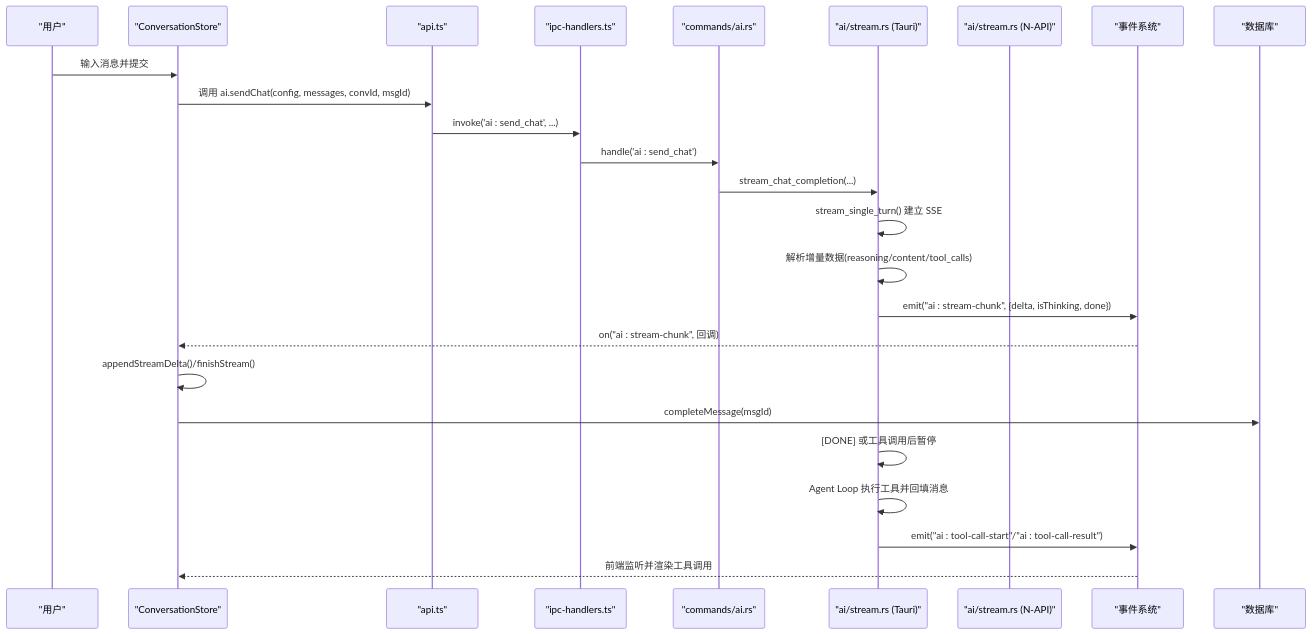
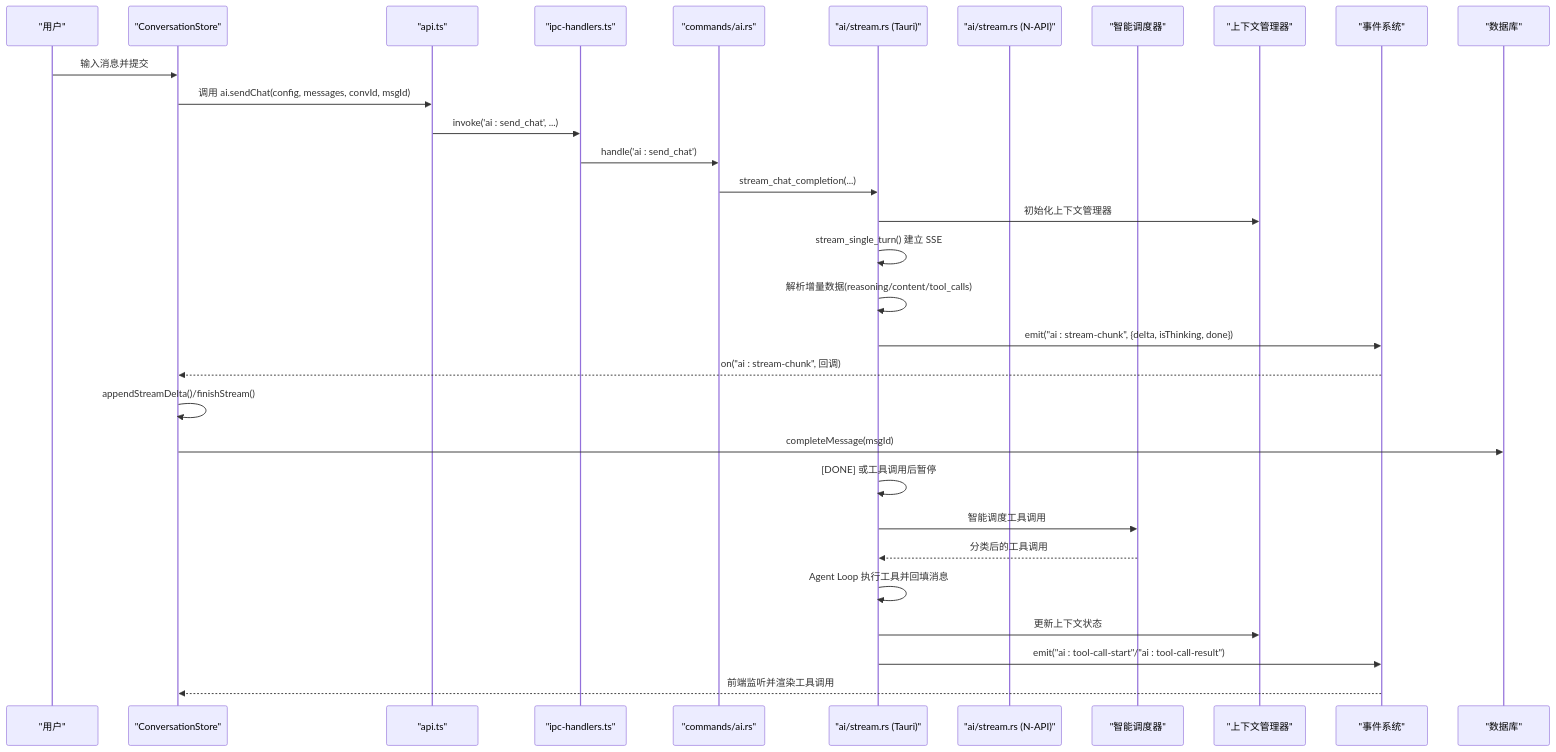
One commit to baike08/cosurf changed the second of 8 diagrams in .qoder/repowiki/zh/content/AI 代理系统/流式对话机制.md. Above: the diagram before and after it, drawn with Mermaid. The commit also changed other lines of this file and 15 other files, not shown here.

````diff
--- a/.qoder/repowiki/zh/content/AI 代理系统/流式对话机制.md
+++ b/.qoder/repowiki/zh/content/AI 代理系统/流式对话机制.md
@@ -103,27 +128,33 @@
 ```mermaid
 sequenceDiagram
 participant User as "用户"
 participant UI as "ConversationStore"
 participant API as "api.ts"
 participant IPC as "ipc-handlers.ts"
 participant CMD as "commands/ai.rs"
 participant STR_T as "ai/stream.rs (Tauri)"
 participant STR_N as "ai/stream.rs (N-API)"
+participant SCHED as "智能调度器"
+participant CTX as "上下文管理器"
 participant EVT as "事件系统"
 participant DB as "数据库"
 User->>UI : 输入消息并提交
 UI->>API : 调用 ai.sendChat(config, messages, convId, msgId)
 API->>IPC : invoke('ai : send_chat', ...)
 IPC->>CMD : handle('ai : send_chat')
 CMD->>STR_T : stream_chat_completion(...)
+STR_T->>CTX : 初始化上下文管理器
 STR_T->>STR_T : stream_single_turn() 建立 SSE
 STR_T->>STR_T : 解析增量数据(reasoning/content/tool_calls)
 STR_T->>EVT : emit("ai : stream-chunk", {delta, isThinking, done})
 EVT-->>UI : on("ai : stream-chunk", 回调)
 UI->>UI : appendStreamDelta()/finishStream()
 UI->>DB : completeMessage(msgId)
 STR_T->>STR_T : [DONE] 或工具调用后暂停
+STR_T->>SCHED : 智能调度工具调用
+SCHED-->>STR_T : 分类后的工具调用
 STR_T->>STR_T : Agent Loop 执行工具并回填消息
+STR_T->>CTX : 更新上下文状态
 STR_T->>EVT : emit("ai : tool-call-start"/"ai : tool-call-result")
 EVT-->>UI : 前端监听并渲染工具调用
 ```
````
